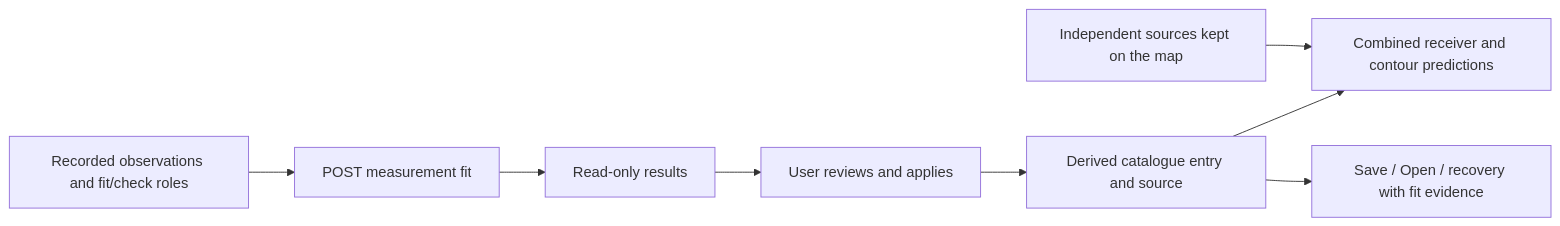
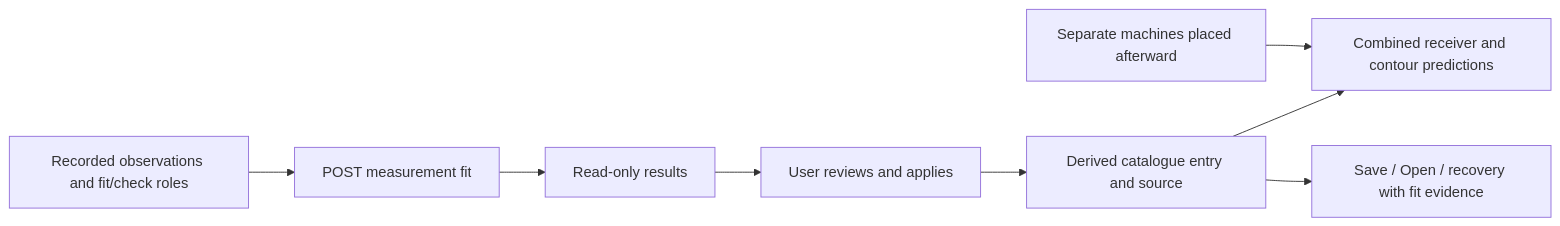
One commit to Jakespitteler/Sound-Model changed the sixth of 6 diagrams in ARCHITECURE.md. Above: the diagram before and after it, drawn with Mermaid. The commit also changed other lines of this file and 20 other files, not shown here.

Commit message:
Anchor area estimates, replace placed sources and allow meter pin corrections

````diff
--- a/ARCHITECURE.md
+++ b/ARCHITECURE.md
@@ -511,10 +510,10 @@
 ```mermaid
 flowchart LR
     Readings[Recorded observations and fit/check roles] --> Preview[POST measurement fit]
     Preview --> Results[Read-only results]
     Results --> Review[User reviews and applies]
     Review --> Derived[Derived catalogue entry and source]
     Derived --> Existing[Combined receiver and contour predictions]
-    Separate[Independent sources kept on the map] --> Existing
+    Separate[Separate machines placed afterward] --> Existing
     Derived --> Files[Save / Open / recovery with fit evidence]
 ```
````
